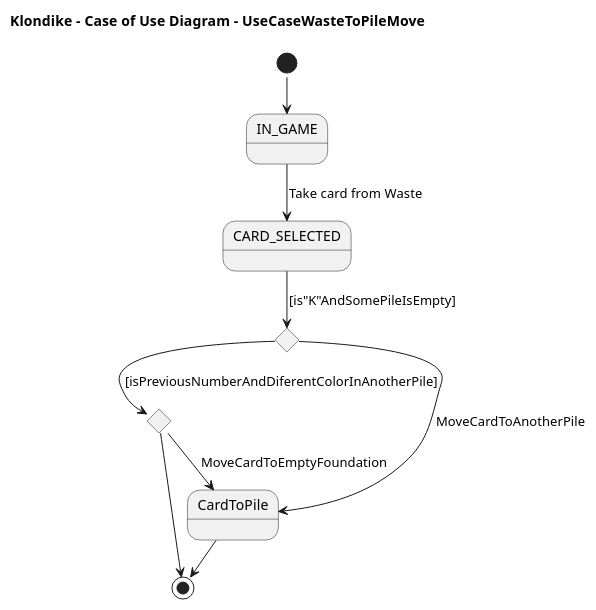
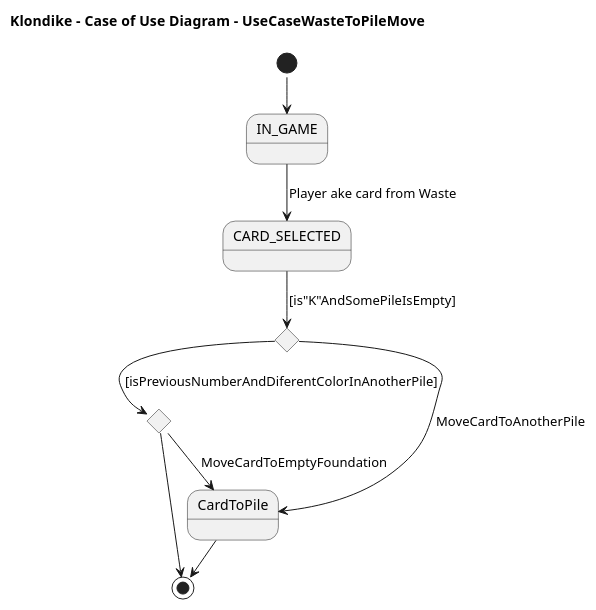
The diagram in 2 Modelo de vistas de caso de uso/Diagrama de caso de uso - WasteToStock.plantuml (AngelOS95P/Maestria_IngSoftware_grupo6), drawn with PlantUML before and after one commit. The commit also changed 10 other files, not shown here.

```diff
--- a/2 Modelo de vistas de caso de uso/Diagrama de caso de uso - WasteToStock.plantuml
+++ b/2 Modelo de vistas de caso de uso/Diagrama de caso de uso - WasteToStock.plantuml
@@ -1,23 +1,23 @@
 @startuml UseCaseWasteToPileMove
 !pragma layout smetana
 title Klondike  - Case of Use Diagram - UseCaseWasteToPileMove
 
 
 state IN_GAME
 state CARD_SELECTED
 state if <<choice>>
 state if2 <<choice>>
 
 state CardToPile
 
 [*] --> IN_GAME
-IN_GAME --> CARD_SELECTED: Take card from Waste
+IN_GAME --> CARD_SELECTED: Player ake card from Waste
 CARD_SELECTED --> if: [is"K"AndSomePileIsEmpty]
 if --> if2:[isPreviousNumberAndDiferentColorInAnotherPile]
 if --> CardToPile: MoveCardToAnotherPile
 if2 --> CardToPile: MoveCardToEmptyFoundation
 if2 --> [*]
 
 CardToPile--> [*]
 
 @enduml
```
